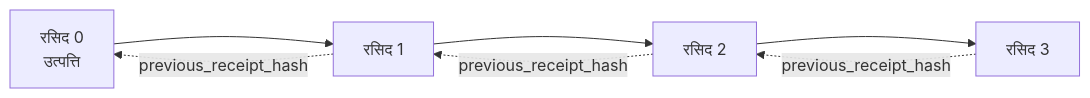
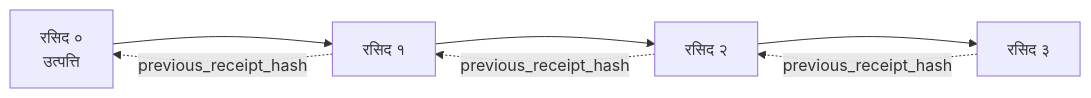
Before and after one commit to gabrielmoreira/agent-skills-mirror: the second of 2 diagrams in mirrors/repos/microsoft@ai-agents-for-beginners/translations/ne/18-securing-ai-agents/README.md, drawn with Mermaid. The commit also changed other lines of this file and 8886 other files, not shown here.

````diff
--- a/mirrors/repos/microsoft@ai-agents-for-beginners/translations/ne/18-securing-ai-agents/README.md
+++ b/mirrors/repos/microsoft@ai-agents-for-beginners/translations/ne/18-securing-ai-agents/README.md
@@ -206,9 +206,9 @@
 ```mermaid
 flowchart LR
-    R0[रसिद 0<br/>उत्पत्ति] --> R1[रसिद 1]
-    R1 --> R2[रसिद 2]
-    R2 --> R3[रसिद 3]
+    R0[रसिद ०<br/>उत्पत्ति] --> R1[रसिद १]
+    R1 --> R2[रसिद २]
+    R2 --> R3[रसिद ३]
     R1 -. previous_receipt_hash .-> R0
     R2 -. previous_receipt_hash .-> R1
     R3 -. previous_receipt_hash .-> R2
 ```
````
